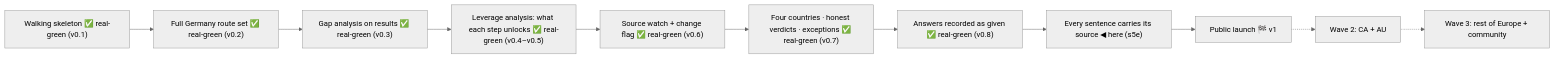
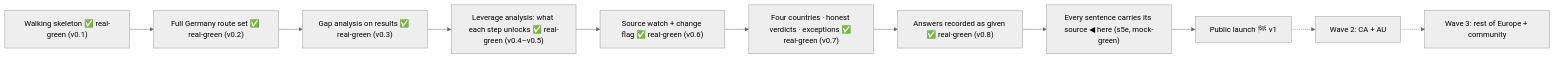
The diagram in KANBAN.md (OytunOnal/permit-rulebook), drawn with Mermaid (neutral theme) before and after one commit. The commit also changed other lines of this file and 6 other files, not shown here.

Commit message:
s5e mock-green; readings rendered as ours; glossary and ledgers current

````diff
--- a/KANBAN.md
+++ b/KANBAN.md
@@ -8,13 +8,13 @@
 ```mermaid
 flowchart LR
     A["Walking skeleton ✅ real-green (v0.1)"] --> B["Full Germany route set ✅ real-green (v0.2)"]
     B --> C["Gap analysis on results ✅ real-green (v0.3)"]
     C --> C2["Leverage analysis: what each step unlocks ✅ real-green (v0.4–v0.5)"]
     C2 --> D["Source watch + change flag ✅ real-green (v0.6)"]
     D --> E["Four countries · honest verdicts · exceptions ✅ real-green (v0.7)"]
     E --> E2["Answers recorded as given ✅ real-green (v0.8)"]
-    E2 --> E3["Every sentence carries its source ◀ here (s5e)"]
+    E2 --> E3["Every sentence carries its source ◀ here (s5e, mock-green)"]
     E3 --> F["Public launch 🏁 v1"]
     F -.-> G["Wave 2: CA + AU"]
     G -.-> H["Wave 3: rest of Europe + community"]
 ```
````
